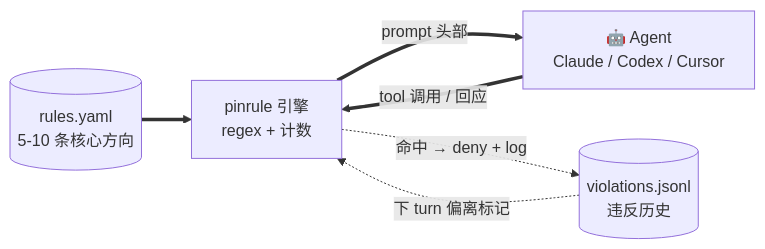
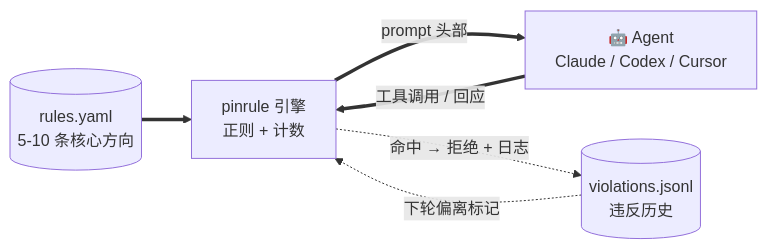
One commit to jhaizhou-ops/pinrule changed the diagram in README.zh.md. Above: the diagram before and after it, drawn with Mermaid. The commit also changed other lines of this file and 3 other files, not shown here.

````diff
--- a/README.zh.md
+++ b/README.zh.md
@@ -49,13 +49,13 @@
 ```mermaid
 flowchart LR
     R[(rules.yaml<br/>5-10 条核心方向)]
-    K[pinrule 引擎<br/>regex + 计数]
+    K[pinrule 引擎<br/>正则 + 计数]
     A[🤖 Agent<br/>Claude / Codex / Cursor]
     V[(violations.jsonl<br/>违反历史)]
 
     R ==> K
     K ==>|prompt 头部| A
-    A ==>|tool 调用 / 回应| K
-    K -.->|命中 → deny + log| V
-    V -.->|下 turn 偏离标记| K
+    A ==>|工具调用 / 回应| K
+    K -.->|命中 → 拒绝 + 日志| V
+    V -.->|下轮偏离标记| K
 ```
````
